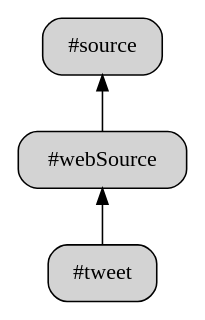
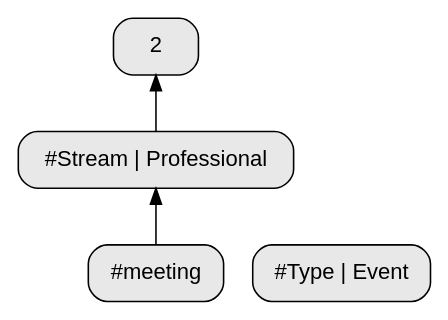
One commit to jcfischer/supertag-cli changed the second of 2 diagrams in docs/visualization.md. Above: the diagram before and after it, drawn with Graphviz. The commit also changed other lines of this file and 2 other files, not shown here.

````diff
--- a/docs/visualization.md
+++ b/docs/visualization.md
@@ -50,11 +66,11 @@
 ```dot
 digraph supertags {
     rankdir=BT;
-    node [shape=box, style="rounded,filled"];
-    tweet [label="#tweet"];
-    webSource [label="#webSource"];
-    source [label="#source"];
-    tweet -> webSource;
-    webSource -> source;
+    node [shape=box, style="rounded,filled", fontname="Helvetica", fillcolor="#E8E8E8"];
+    WcNfAKD2JI [label="#meeting"];
+    BpyXUrxqwJ3Q [label="#Stream | Professional"];
+    2Ux7TUEjN4yt [label="#Type | Event"];
+    WcNfAKD2JI -> BpyXUrxqwJ3Q;
+    BpyXUrxqwJ3Q -> 2Ux7TUEjN4yt;
 }
 ```
````
